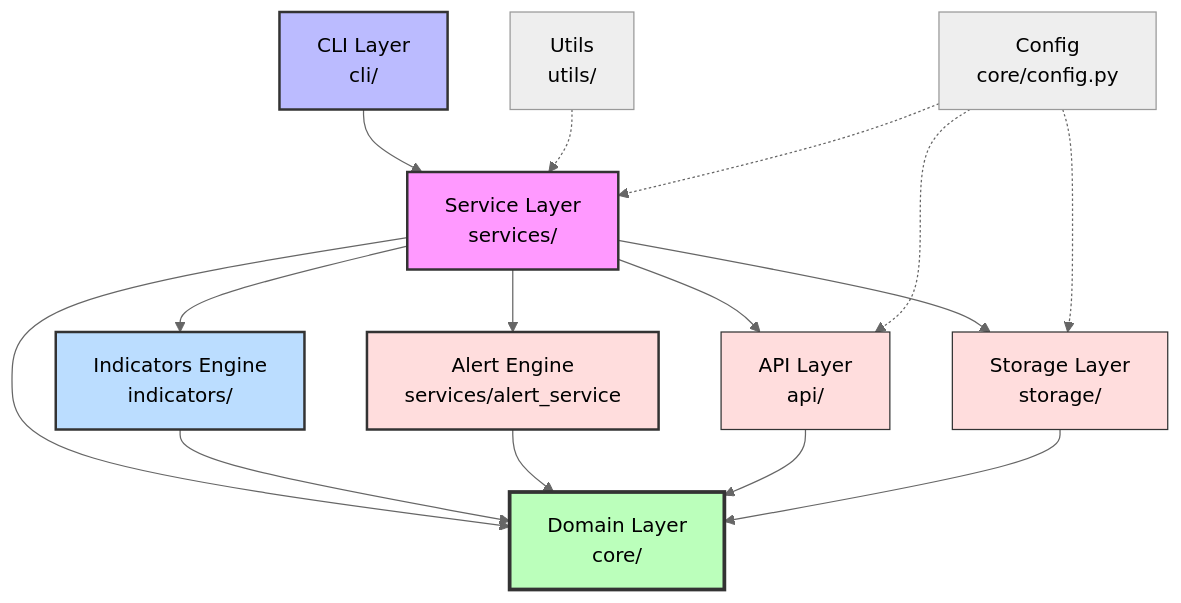
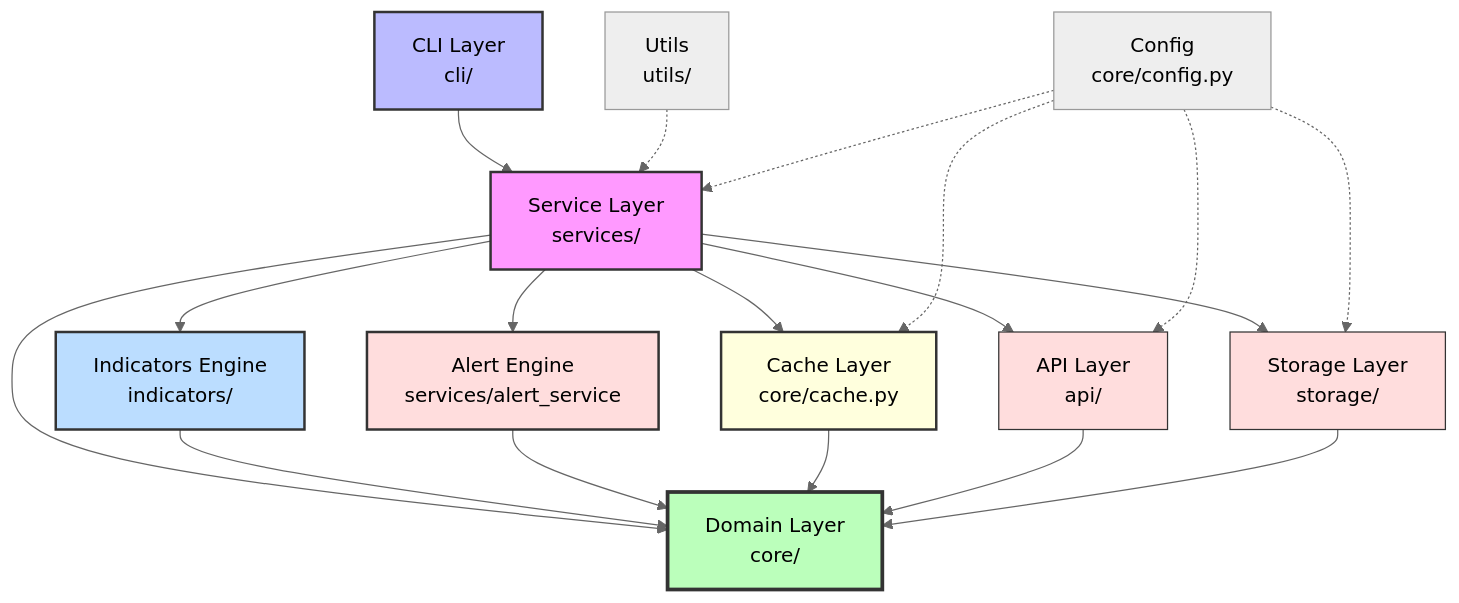
Before and after one commit to YaserEleraky/forex-tracker: the diagram in README.md, drawn with Mermaid (neutral theme). The commit also changed other lines of this file and 9 other files, not shown here.

````diff
--- a/README.md
+++ b/README.md
@@ -470,25 +502,29 @@
 ```mermaid
 graph TD
     A[CLI Layer<br/>cli/] --> B[Service Layer<br/>services/]
     B --> C[API Layer<br/>api/]
     B --> D[Storage Layer<br/>storage/]
     B --> H[Indicators Engine<br/>indicators/]
     B --> I[Alert Engine<br/>services/alert_service]
+    B --> J[Cache Layer<br/>core/cache.py]
     B --> E[Domain Layer<br/>core/]
     H --> E
     I --> E
+    J --> E
     C --> E
     D --> E
     F[Utils<br/>utils/] -.-> B
     G[Config<br/>core/config.py] -.-> C
     G -.-> D
+    G -.-> J
     G -.-> B
 
     style A fill:#bbf,stroke:#333,stroke-width:2px
     style B fill:#f9f,stroke:#333,stroke-width:2px
     style E fill:#bfb,stroke:#333,stroke-width:3px
     style H fill:#bdf,stroke:#333,stroke-width:2px
     style I fill:#fdd,stroke:#333,stroke-width:2px
+    style J fill:#ffd,stroke:#333,stroke-width:2px
     style C fill:#fdd,stroke:#333
     style D fill:#fdd,stroke:#333
 ```
````
